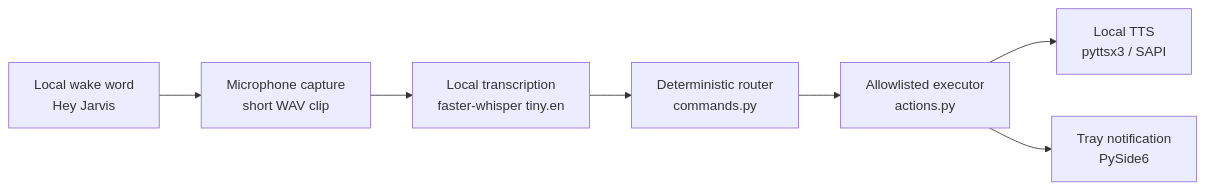
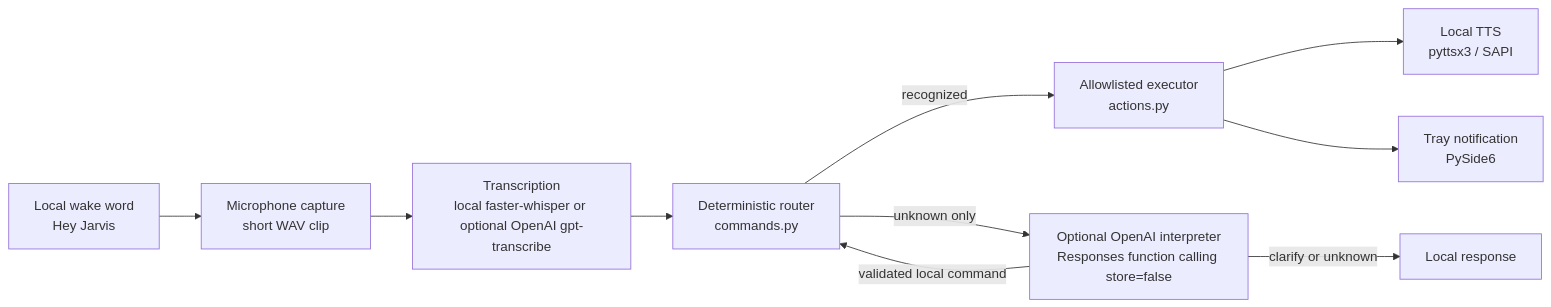
The diagram in docs/architecture.md (MEMOMG8/deskpilot), drawn with Mermaid before and after one commit. The commit also changed other lines of this file and 13 other files, not shown here.

Commit message:
Add safe OpenAI command interpretation fallback

````diff
--- a/docs/architecture.md
+++ b/docs/architecture.md
@@ -5,9 +5,12 @@
 ```mermaid
 flowchart LR
     A[Local wake word\nHey Jarvis] --> B[Microphone capture\nshort WAV clip]
-    B --> C[Local transcription\nfaster-whisper tiny.en]
+    B --> C[Transcription\nlocal faster-whisper or optional OpenAI gpt-transcribe]
     C --> D[Deterministic router\ncommands.py]
-    D --> E[Allowlisted executor\nactions.py]
-    E --> F[Local TTS\npyttsx3 / SAPI]
-    E --> G[Tray notification\nPySide6]
+    D -->|recognized| F[Allowlisted executor\nactions.py]
+    D -->|unknown only| E[Optional OpenAI interpreter\nResponses function calling store=false]
+    E -->|validated local command| D
+    E -->|clarify or unknown| H[Local response]
+    F --> I[Local TTS\npyttsx3 / SAPI]
+    F --> J[Tray notification\nPySide6]
 ```
````
